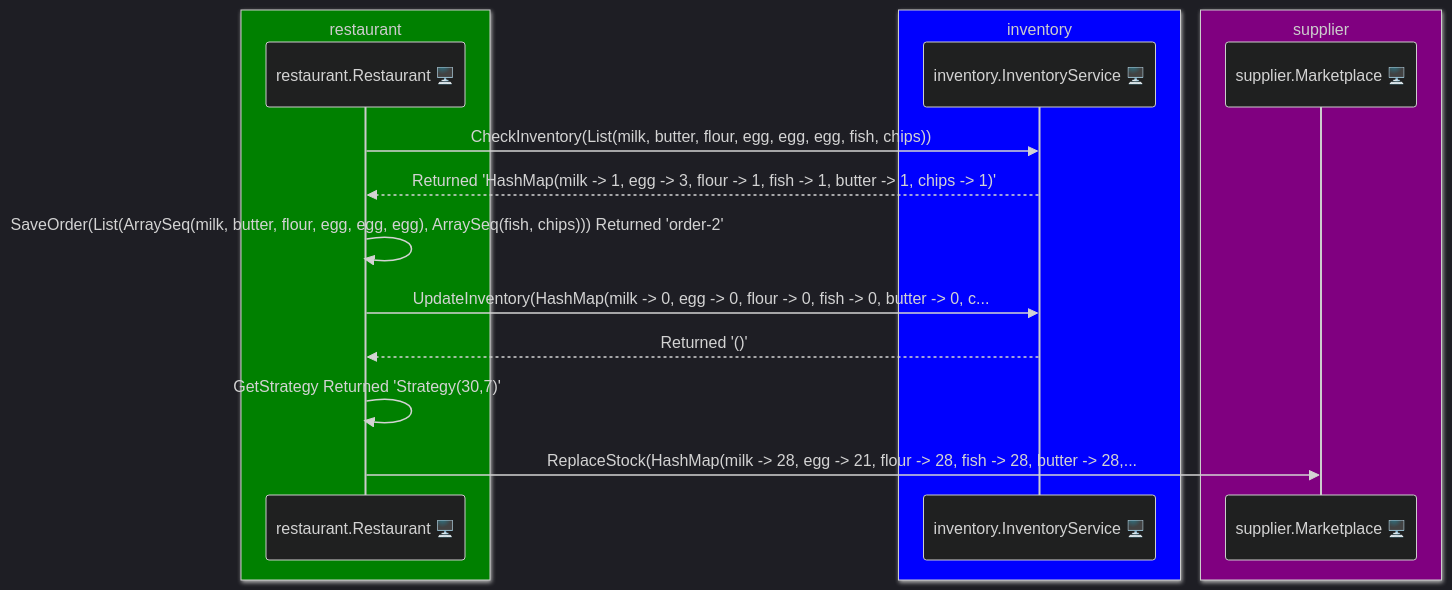
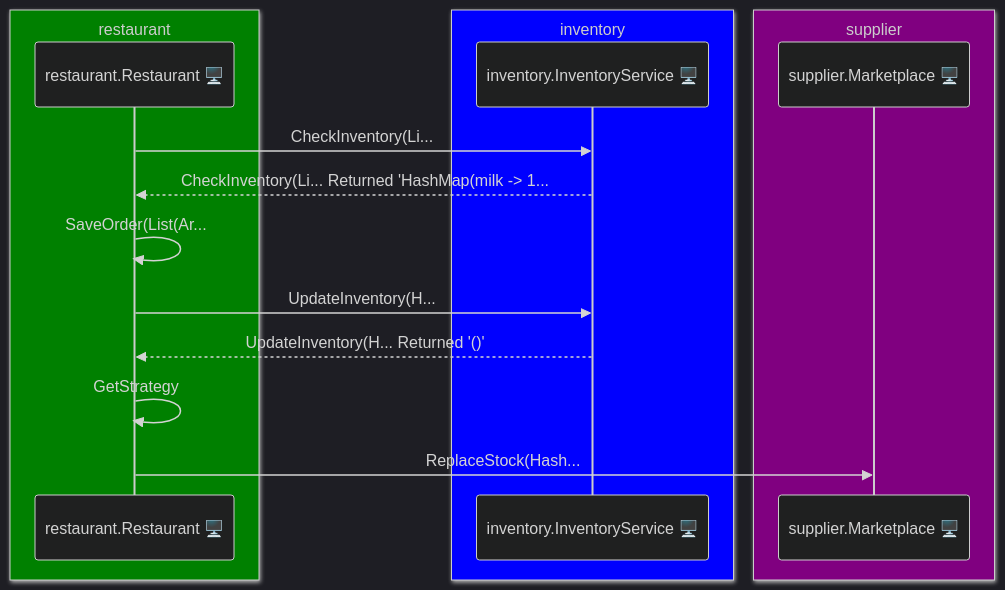
The first of 3 diagrams in docs/scenarios.md (aaronp/counterparty), drawn with Mermaid before and after one commit. The commit also changed other lines of this file and 2 other files, not shown here.

````diff
--- a/docs/scenarios.md
+++ b/docs/scenarios.md
@@ -19,21 +19,21 @@
 ```mermaid
 %%{init: {"theme": "dark", 
 "themeVariables": {"primaryTextColor": "grey", "secondaryTextColor": "black", "fontFamily": "Arial", "fontSize": 14, "primaryColor": "#3498db"}}}%%
 sequenceDiagram
 	box green restaurant
 	participant restaurant.Restaurant 🖥️
 	end
 	box blue inventory
 	participant inventory.InventoryService 🖥️
 	end
 	box purple supplier
 	participant supplier.Marketplace 🖥️
 	end
-	restaurant.Restaurant 🖥️ ->> inventory.InventoryService 🖥️ : CheckInventory(List(milk, butter, flour, egg, egg, egg, fish, chips))
-	inventory.InventoryService 🖥️ -->> restaurant.Restaurant 🖥️ : Returned 'HashMap(milk -> 1, egg -> 3, flour -> 1, fish -> 1, butter -> 1, chips -> 1)'
-	restaurant.Restaurant 🖥️ ->> restaurant.Restaurant 🖥️ : SaveOrder(List(ArraySeq(milk, butter, flour, egg, egg, egg), ArraySeq(fish, chips))) Returned 'order-2'
-	restaurant.Restaurant 🖥️ ->> inventory.InventoryService 🖥️ : UpdateInventory(HashMap(milk -> 0, egg -> 0, flour -> 0, fish -> 0, butter -> 0, c...
-	inventory.InventoryService 🖥️ -->> restaurant.Restaurant 🖥️ : Returned '()'
-	restaurant.Restaurant 🖥️ ->> restaurant.Restaurant 🖥️ : GetStrategy Returned 'Strategy(30,7)'
-	restaurant.Restaurant 🖥️ ->> supplier.Marketplace 🖥️ : ReplaceStock(HashMap(milk -> 28, egg -> 21, flour -> 28, fish -> 28, butter -> 28,...
+	restaurant.Restaurant 🖥️ ->> inventory.InventoryService 🖥️ : CheckInventory(Li... 
+	inventory.InventoryService 🖥️ -->> restaurant.Restaurant 🖥️ : CheckInventory(Li... Returned 'HashMap(milk -> 1...
+	restaurant.Restaurant 🖥️ ->> restaurant.Restaurant 🖥️ : SaveOrder(List(Ar... 
+	restaurant.Restaurant 🖥️ ->> inventory.InventoryService 🖥️ : UpdateInventory(H... 
+	inventory.InventoryService 🖥️ -->> restaurant.Restaurant 🖥️ : UpdateInventory(H... Returned '()'
+	restaurant.Restaurant 🖥️ ->> restaurant.Restaurant 🖥️ : GetStrategy 
+	restaurant.Restaurant 🖥️ ->> supplier.Marketplace 🖥️ : ReplaceStock(Hash... 
 ```
````
